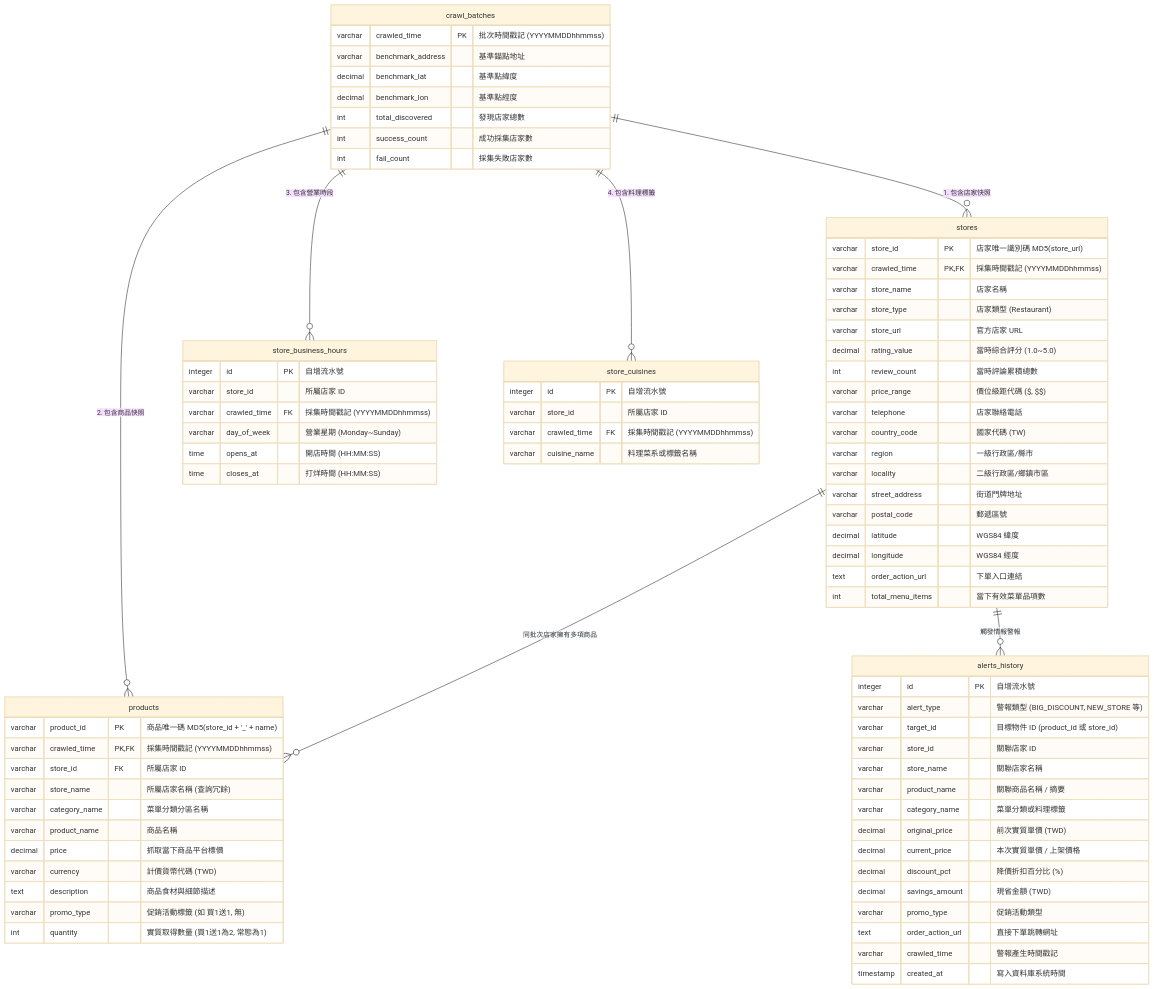
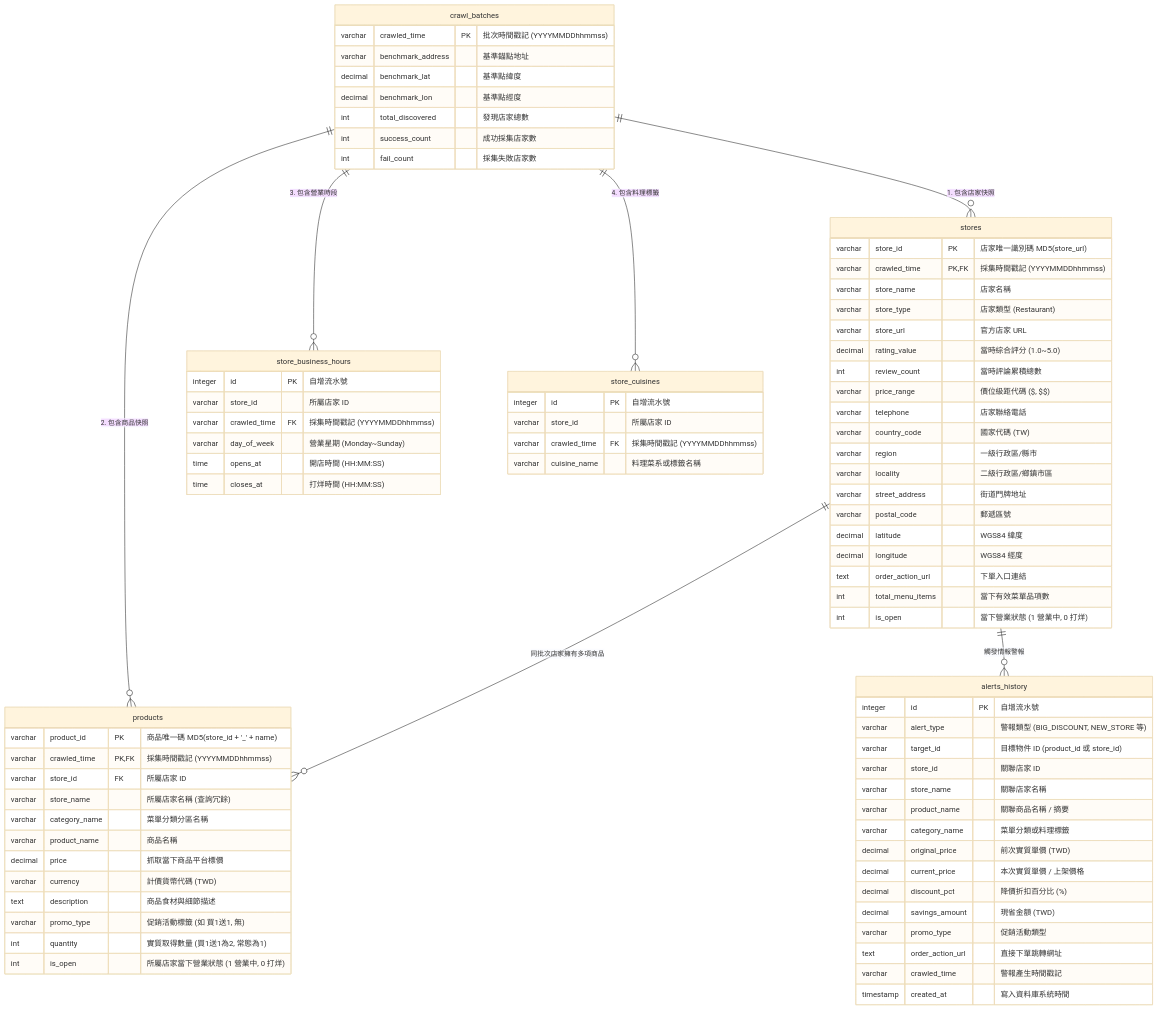
Before and after one commit to fafagoback/UberEat: the diagram in METADATA.md, drawn with Mermaid (base theme). The commit also changed other lines of this file and 7 other files, not shown here.

```diff
--- a/METADATA.md
+++ b/METADATA.md
@@ -83,6 +83,7 @@
         decimal longitude "WGS84 經度"
         text order_action_url "下單入口連結"
         int total_menu_items "當下有效菜單品項數"
+        int is_open "當下營業狀態 (1 營業中, 0 打烊)"
     }
 
     products {
@@ -97,6 +98,7 @@
         text description "商品食材與細節描述"
         varchar promo_type "促銷活動標籤 (如 買1送1, 無)"
         int quantity "實質取得數量 (買1送1為2, 常態為1)"
+        int is_open "所屬店家當下營業狀態 (1 營業中, 0 打烊)"
     }
 
     store_business_hours {
```
